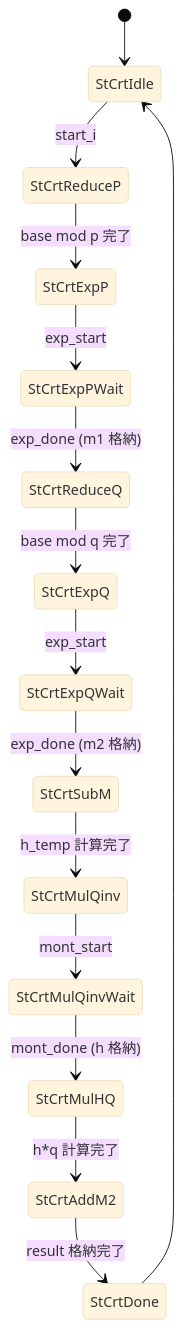
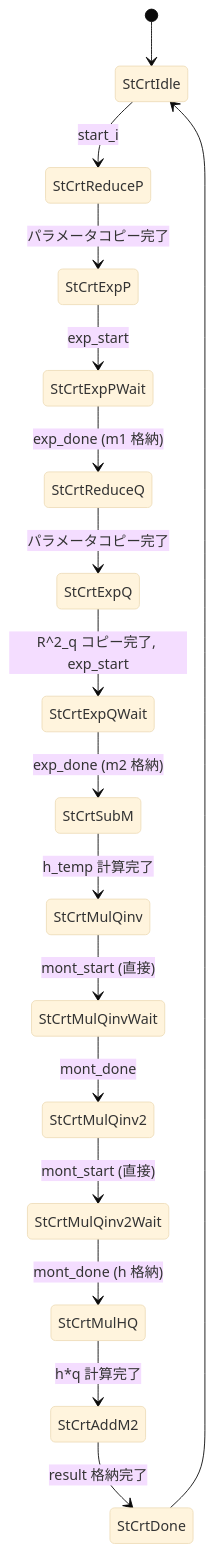
One commit to a2zime/rsa_2048 changed the seventh of 9 diagrams in docs/design_spec.md. Above: the diagram before and after it, drawn with Mermaid (base theme). The commit also changed other lines of this file and 5 other files, not shown here.

First line of the commit message:
fix: resolve spec-RTL discrepancies in CRT controller, mul_add_unit, mod_exp, mont_mul

````diff
--- a/docs/design_spec.md
+++ b/docs/design_spec.md
@@ -707,17 +748,19 @@
 ```mermaid
 stateDiagram-v2
     [*] --> StCrtIdle
     StCrtIdle --> StCrtReduceP : start_i
-    StCrtReduceP --> StCrtExpP : base mod p 完了
+    StCrtReduceP --> StCrtExpP : パラメータコピー完了
     StCrtExpP --> StCrtExpPWait : exp_start
     StCrtExpPWait --> StCrtReduceQ : exp_done (m1 格納)
-    StCrtReduceQ --> StCrtExpQ : base mod q 完了
-    StCrtExpQ --> StCrtExpQWait : exp_start
+    StCrtReduceQ --> StCrtExpQ : パラメータコピー完了
+    StCrtExpQ --> StCrtExpQWait : R^2_q コピー完了, exp_start
     StCrtExpQWait --> StCrtSubM : exp_done (m2 格納)
     StCrtSubM --> StCrtMulQinv : h_temp 計算完了
-    StCrtMulQinv --> StCrtMulQinvWait : mont_start
-    StCrtMulQinvWait --> StCrtMulHQ : mont_done (h 格納)
+    StCrtMulQinv --> StCrtMulQinvWait : mont_start (直接)
+    StCrtMulQinvWait --> StCrtMulQinv2 : mont_done
+    StCrtMulQinv2 --> StCrtMulQinv2Wait : mont_start (直接)
+    StCrtMulQinv2Wait --> StCrtMulHQ : mont_done (h 格納)
     StCrtMulHQ --> StCrtAddM2 : h*q 計算完了
     StCrtAddM2 --> StCrtDone : result 格納完了
     StCrtDone --> StCrtIdle
 ```
````
